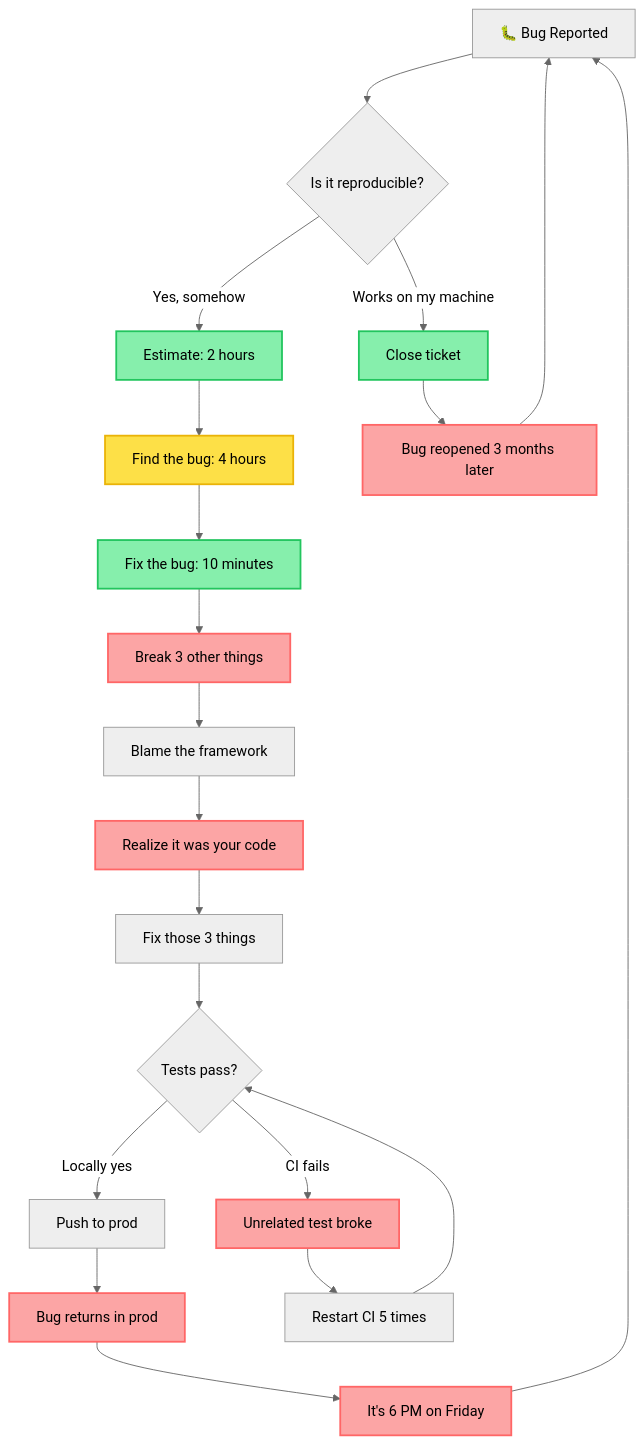
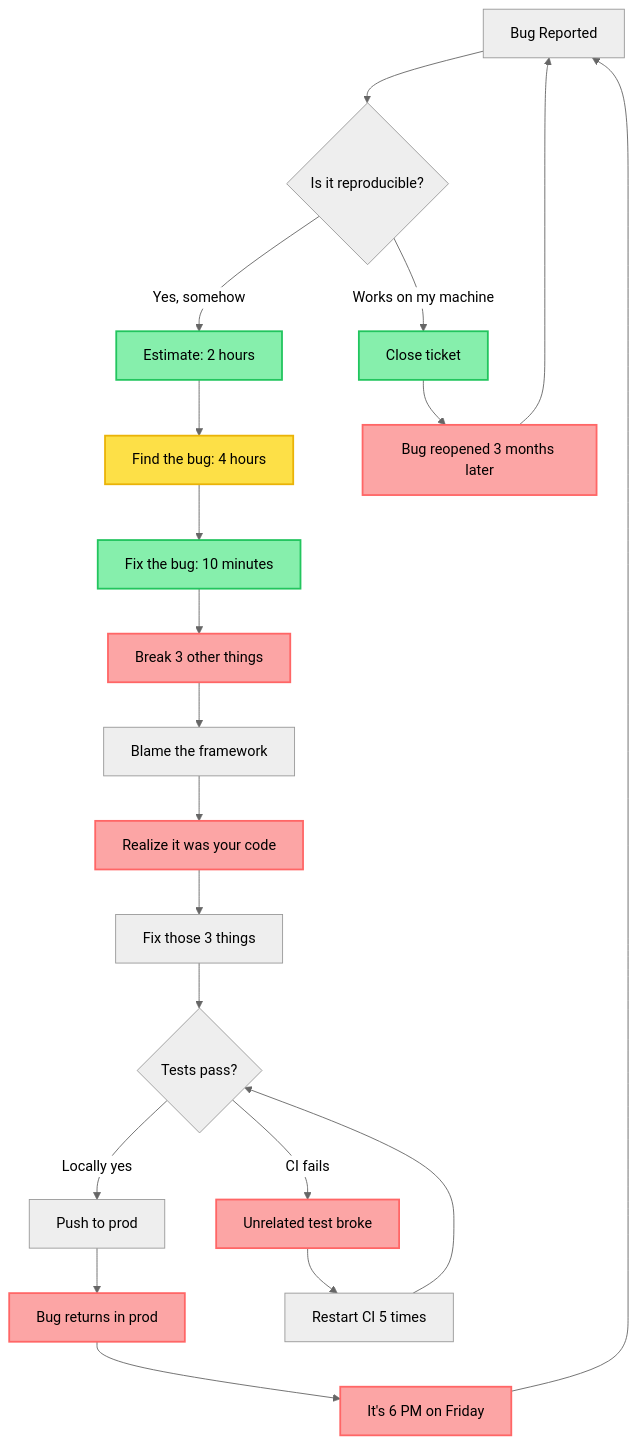
One commit to hexobandit/X9_simplemermaid changed the diagram in examples/bug-lifecycle.mmd. Above: the diagram before and after it, drawn with Mermaid (neutral theme). The commit also changed 25 other files, not shown here.

```diff
--- a/examples/bug-lifecycle.mmd
+++ b/examples/bug-lifecycle.mmd
@@ -1,33 +1,33 @@
 %% The Bug Life Cycle by emphonic.com
 %% A "quick fix" journey through time
 
 flowchart TD
     classDef pain fill:#fca5a5,stroke:#f66,stroke-width:2px
     classDef hope fill:#86efac,stroke:#22c55e,stroke-width:2px
     classDef reality fill:#fde047,stroke:#eab308,stroke-width:2px
 
-    A[🐛 Bug Reported] --> B{Is it reproducible?}
+    A[Bug Reported] --> B{Is it reproducible?}
     B -->|Works on my machine| C[Close ticket]:::hope
     B -->|Yes, somehow| D[Estimate: 2 hours]:::hope
 
     D --> E[Find the bug: 4 hours]:::reality
     E --> F[Fix the bug: 10 minutes]:::hope
     F --> G[Break 3 other things]:::pain
 
     G --> H[Blame the framework]
     H --> I[Realize it was your code]:::pain
     I --> J[Fix those 3 things]
 
     J --> K{Tests pass?}
     K -->|Locally yes| L[Push to prod]
     K -->|CI fails| M[Unrelated test broke]:::pain
 
     L --> N[Bug returns in prod]:::pain
     M --> O[Restart CI 5 times]
     O --> K
 
     N --> P[It's 6 PM on Friday]:::pain
     P --> A
 
     C --> Q[Bug reopened 3 months later]:::pain
     Q --> A
```
